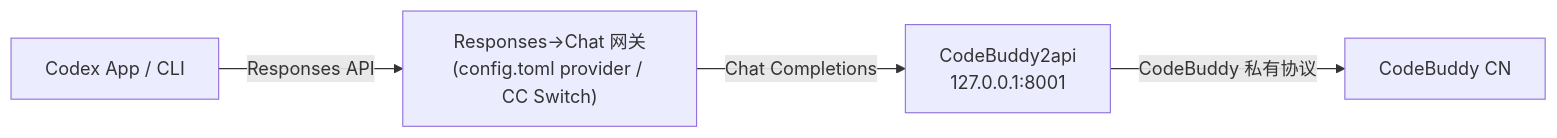
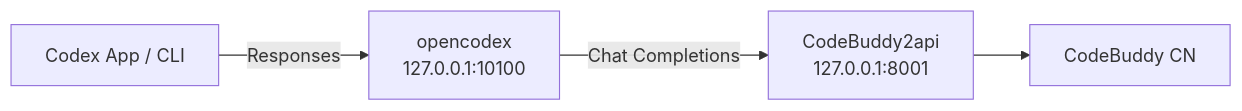
One commit to wuyinhust/codex-buddy changed the diagram in README.md. Above: the diagram before and after it, drawn with Mermaid. The commit also changed other lines of this file, not shown here.

````diff
--- a/README.md
+++ b/README.md
@@ -39,6 +15,6 @@
 ```mermaid
 flowchart LR
-    Codex["Codex App / CLI"] -->|Responses API| Gateway["Responses→Chat 网关\n(config.toml provider / CC Switch)"]
+    Codex["Codex App / CLI"] -->|Responses| Gateway["opencodex\n127.0.0.1:10100"]
     Gateway -->|Chat Completions| Proxy["CodeBuddy2api\n127.0.0.1:8001"]
-    Proxy -->|CodeBuddy 私有协议| CodeBuddyCN["CodeBuddy CN"]
+    Proxy --> CodeBuddy["CodeBuddy CN"]
 ```
````
